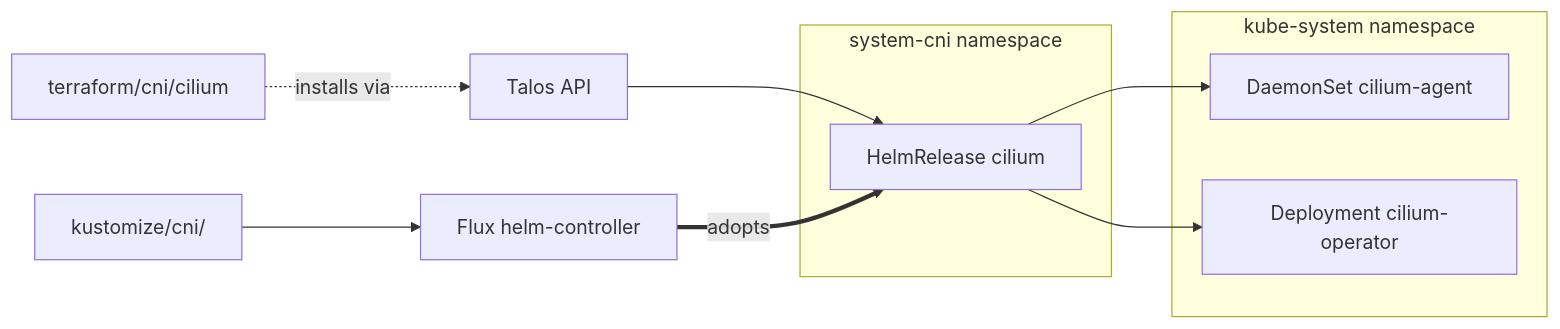
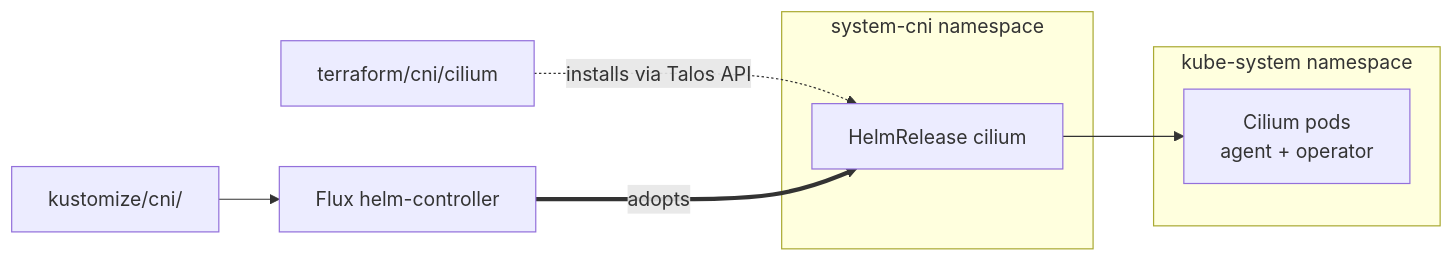
The diagram in terraform/cni/README.md (windsorcli/core), drawn with Mermaid before and after one commit. The commit also changed 3 other files, not shown here.

Commit message:
chore(docs): update flowcharts in README files for CNI, Compute, DNS, and GitOps categories to enhance clarity and consistency

````diff
--- a/terraform/cni/README.md
+++ b/terraform/cni/README.md
@@ -22,23 +22,20 @@
 ```mermaid
 flowchart LR
   tf[terraform/cni/cilium]
-  api[Talos API]
 
   subgraph syscni[system-cni namespace]
     hr[HelmRelease cilium]
   end
+
   subgraph kubesys[kube-system namespace]
-    agent[DaemonSet cilium-agent]
-    op[Deployment cilium-operator]
+    cilium[Cilium pods<br/>agent + operator]
   end
 
   flux[Flux helm-controller]
   kCni[kustomize/cni/]
 
-  tf -.installs via.-> api
-  api --> hr
-  hr --> agent
-  hr --> op
+  tf -.installs via Talos API.-> hr
+  hr --> cilium
   flux ==adopts==> hr
   kCni --> flux
 ```
````
